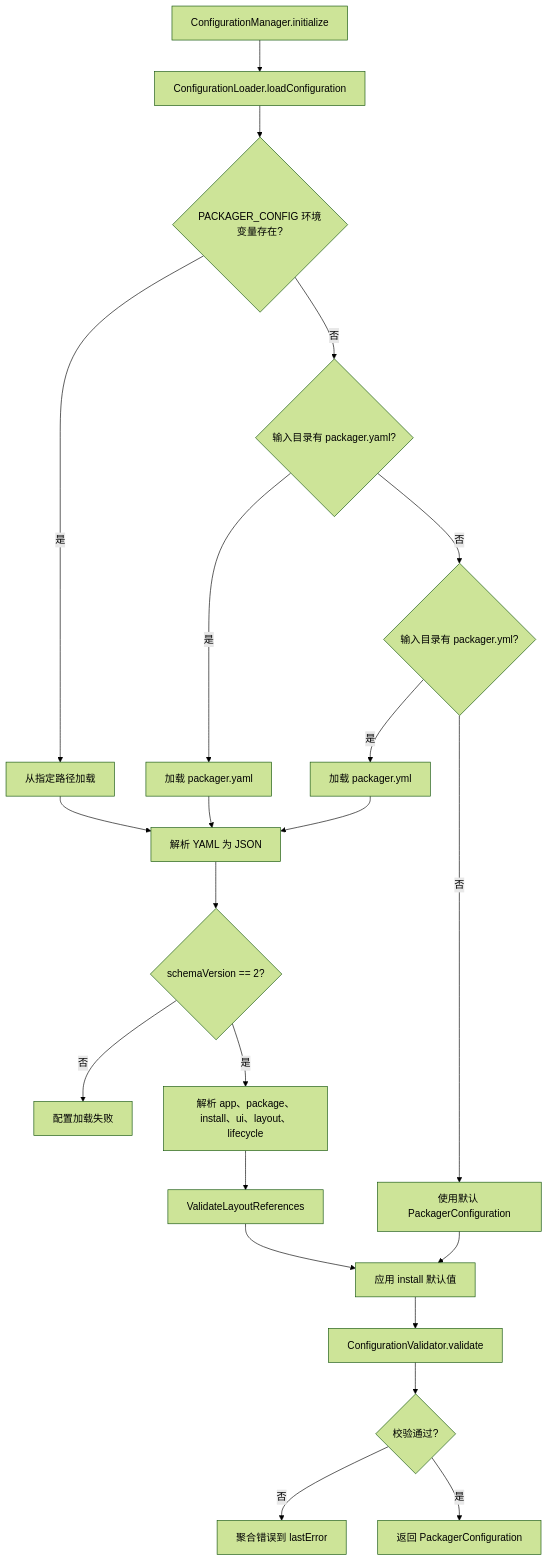
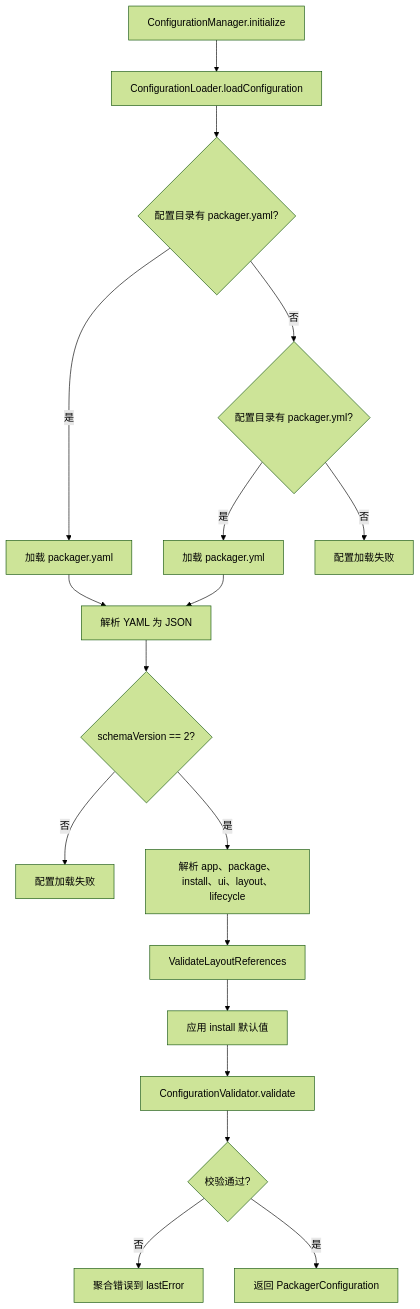
One commit to lu020218/Multi-Threaded_Installer changed the second of 7 diagrams in docs/打包器流程图.md. Above: the diagram before and after it, drawn with Mermaid (forest theme). The commit also changed other lines of this file and 28 other files, not shown here.

````diff
--- a/docs/打包器流程图.md
+++ b/docs/打包器流程图.md
@@ -47,24 +44,21 @@
 ```mermaid
 flowchart TD
     A[ConfigurationManager.initialize] --> B[ConfigurationLoader.loadConfiguration]
-    B --> C{PACKAGER_CONFIG 环境变量存在?}
-    C -->|是| C1[从指定路径加载]
-    C -->|否| D{输入目录有 packager.yaml?}
+    B --> D{配置目录有 packager.yaml?}
     D -->|是| D1[加载 packager.yaml]
-    D -->|否| E{输入目录有 packager.yml?}
+    D -->|否| E{配置目录有 packager.yml?}
     E -->|是| E1[加载 packager.yml]
-    E -->|否| F[使用默认 PackagerConfiguration]
-    C1 --> G[解析 YAML 为 JSON]
+    E -->|否| F[配置加载失败]
     D1 --> G
     E1 --> G
+    G[解析 YAML 为 JSON]
     G --> H{schemaVersion == 2?}
     H -->|否| H1[配置加载失败]
     H -->|是| I[解析 app、package、install、ui、layout、lifecycle]
     I --> J[ValidateLayoutReferences]
     J --> K[应用 install 默认值]
-    F --> K
     K --> L[ConfigurationValidator.validate]
     L --> M{校验通过?}
     M -->|否| M1[聚合错误到 lastError]
     M -->|是| N[返回 PackagerConfiguration]
 ```
````
